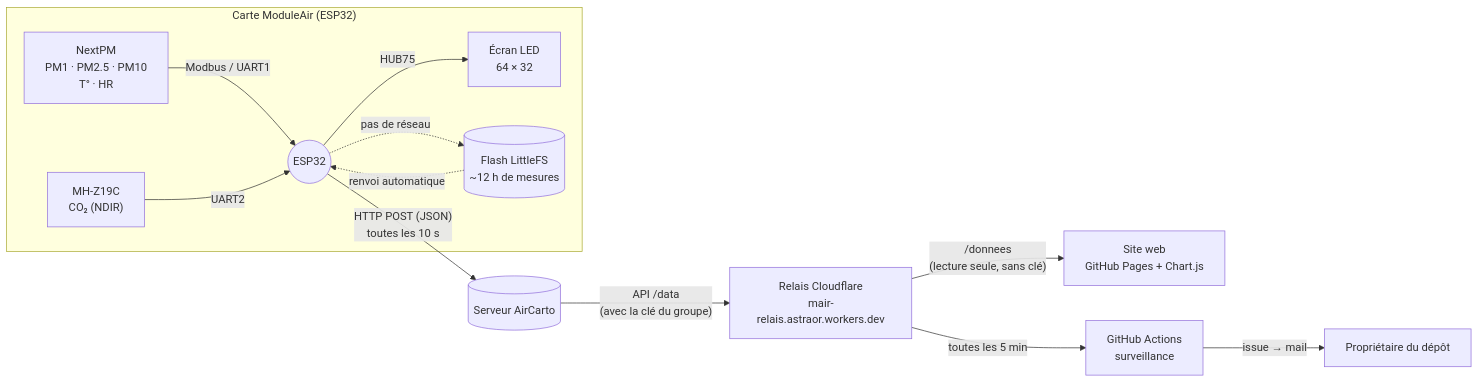
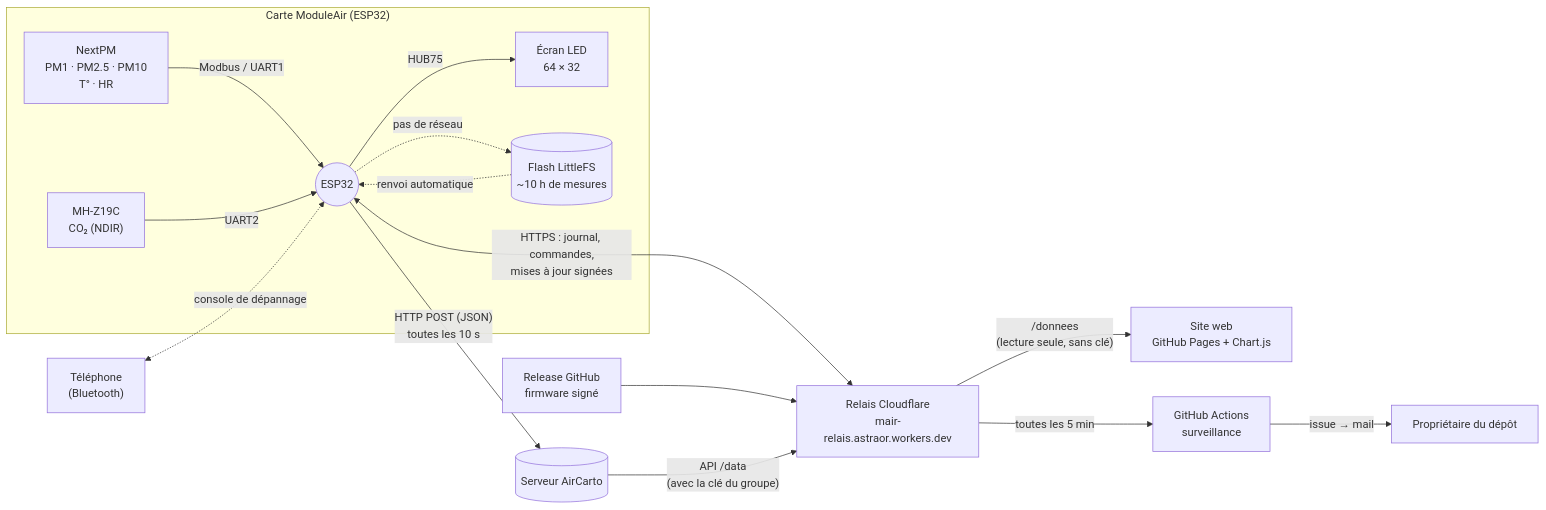
Before and after one commit to Astraor/0Capteur_Interne_Qualite_Air: the diagram in README.md, drawn with Mermaid. The commit also changed other lines of this file and 5 other files, not shown here.

Commit message:
Console sans fil (relais Cloudflare + Bluetooth) et mises à jour signées à distance

````diff
--- a/README.md
+++ b/README.md
@@ -27,15 +27,18 @@
 ```mermaid
 flowchart LR
     subgraph Carte["Carte ModuleAir (ESP32)"]
         PM["NextPM<br/>PM1 · PM2.5 · PM10<br/>T° · HR"] -- Modbus / UART1 --> ESP((ESP32))
         CO2["MH-Z19C<br/>CO₂ (NDIR)"] -- UART2 --> ESP
         ESP -- HUB75 --> LED["Écran LED<br/>64 × 32"]
-        ESP -. pas de réseau .-> FS[("Flash LittleFS<br/>~12 h de mesures")]
+        ESP -. pas de réseau .-> FS[("Flash LittleFS<br/>~10 h de mesures")]
         FS -. renvoi automatique .-> ESP
     end
+    TEL["Téléphone<br/>(Bluetooth)"] <-. "console de dépannage" .-> ESP
+    ESP <-- "HTTPS : journal, commandes,<br/>mises à jour signées" --> RELAIS["Relais Cloudflare<br/>+ page console"]
+    GH["Release GitHub<br/>firmware signé"] --> RELAIS
     ESP -- "HTTP POST (JSON)<br/>toutes les 10 s" --> API[("Serveur AirCarto")]
     API -- "API /data<br/>(avec la clé du groupe)" --> RELAIS["Relais Cloudflare<br/>mair-relais.astraor.workers.dev"]
     RELAIS -- "/donnees<br/>(lecture seule, sans clé)" --> SITE["Site web<br/>GitHub Pages + Chart.js"]
     RELAIS -- "toutes les 5 min" --> GHA["GitHub Actions<br/>surveillance"]
     GHA -- "issue → mail" --> MAIL["Propriétaire du dépôt"]
 ```
````
